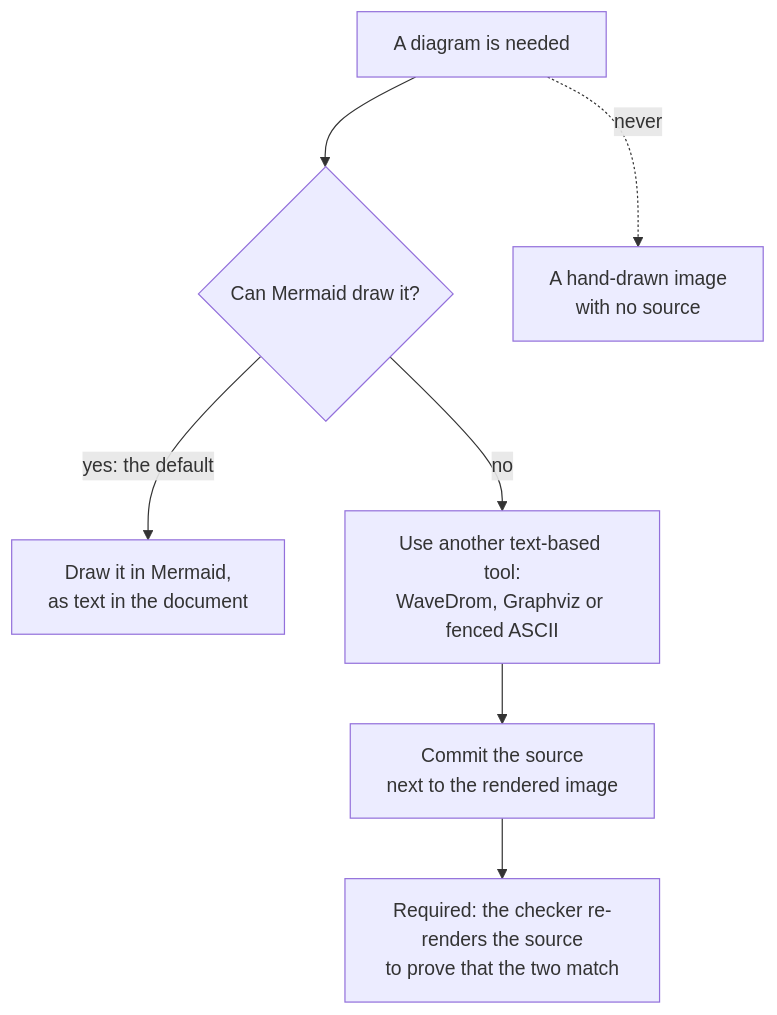
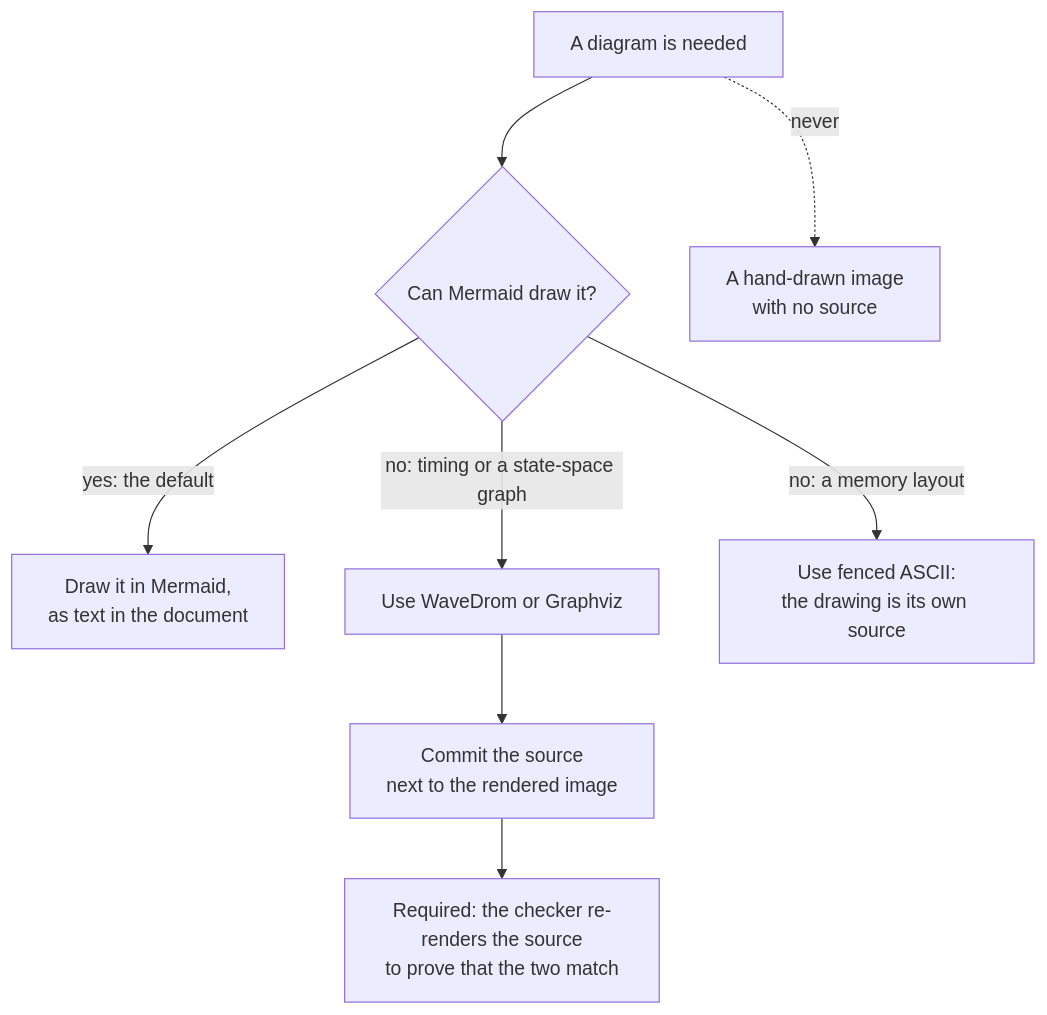
The first of 4 diagrams in standard/16-diagrams.md (chandanbsd/baseline-framework), drawn with Mermaid before and after one commit. The commit also changed other lines of this file and 8 other files, not shown here.

````diff
--- a/standard/16-diagrams.md
+++ b/standard/16-diagrams.md
@@ -25,9 +25,10 @@
 ```mermaid
 flowchart TD
     A["A diagram is needed"] --> B{"Can Mermaid draw it?"}
     B -->|"yes: the default"| C["Draw it in Mermaid,<br/>as text in the document"]
-    B -->|"no"| D["Use another text-based tool:<br/>WaveDrom, Graphviz or fenced ASCII"]
+    B -->|"no: timing or a state-space graph"| D["Use WaveDrom or Graphviz"]
+    B -->|"no: a memory layout"| H["Use fenced ASCII:<br/>the drawing is its own source"]
     D --> E["Commit the source<br/>next to the rendered image"]
     E --> F["Required: the checker re-renders the source<br/>to prove that the two match"]
     A -. "never" .-> G["A hand-drawn image<br/>with no source"]
 ```
````
